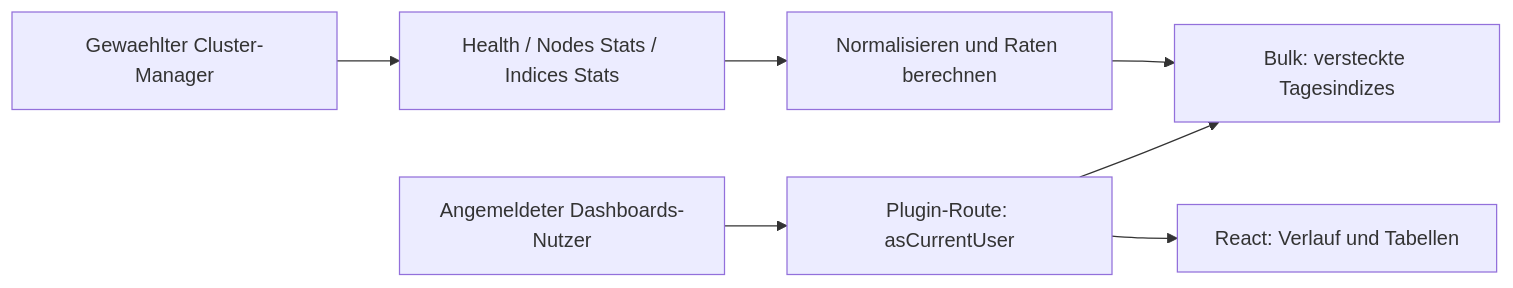
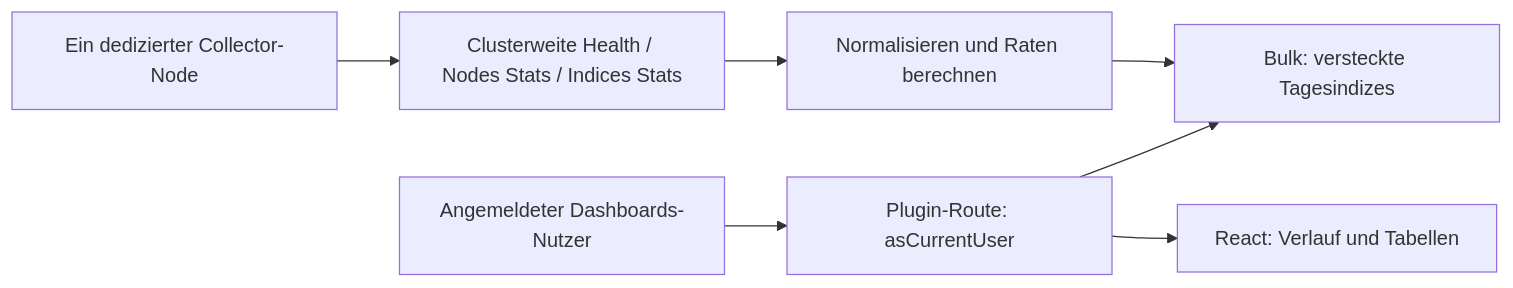
Before and after one commit to DavidAllendorf/opensearch-self-monitoring: the diagram in docs/ARCHITECTURE.md, drawn with Mermaid. The commit also changed other lines of this file and 23 other files, not shown here.

````diff
--- a/docs/ARCHITECTURE.md
+++ b/docs/ARCHITECTURE.md
@@ -3,9 +3,9 @@
 ```mermaid
 flowchart LR
-  A[Gewaehlter Cluster-Manager] --> B[Health / Nodes Stats / Indices Stats]
+  A[Ein dedizierter Collector-Node] --> B[Clusterweite Health / Nodes Stats / Indices Stats]
   B --> C[Normalisieren und Raten berechnen]
   C --> D[Bulk: versteckte Tagesindizes]
   E[Angemeldeter Dashboards-Nutzer] --> F[Plugin-Route: asCurrentUser]
   F --> D
   F --> G[React: Verlauf und Tabellen]
 ```
````
